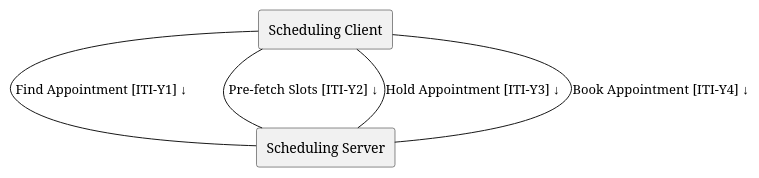
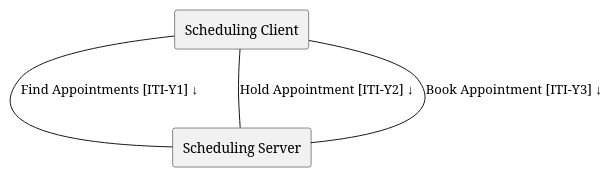
Before and after one commit to IHE/ITI.Scheduling: the diagram in input/images-source/ActorsAndTransactions.plantuml, drawn with PlantUML. The commit also changed 3 other files, not shown here.

```diff
--- a/input/images-source/ActorsAndTransactions.plantuml
+++ b/input/images-source/ActorsAndTransactions.plantuml
@@ -1,8 +1,7 @@
 @startuml ActorsAndTransactions
 agent "Scheduling Client" as Client
 agent "Scheduling Server" as Server
-Client -- Server : "Find Appointment [ITI-Y1] ↓"
-Client -- Server : "Pre-fetch Slots [ITI-Y2] ↓"
-Client -- Server : "Hold Appointment [ITI-Y3] ↓"
-Client -- Server : "Book Appointment [ITI-Y4] ↓"
+Client -- Server : "Find Appointments [ITI-Y1] ↓"
+Client -- Server : "Hold Appointment [ITI-Y2] ↓"
+Client -- Server : "Book Appointment [ITI-Y3] ↓"
 @enduml
```
